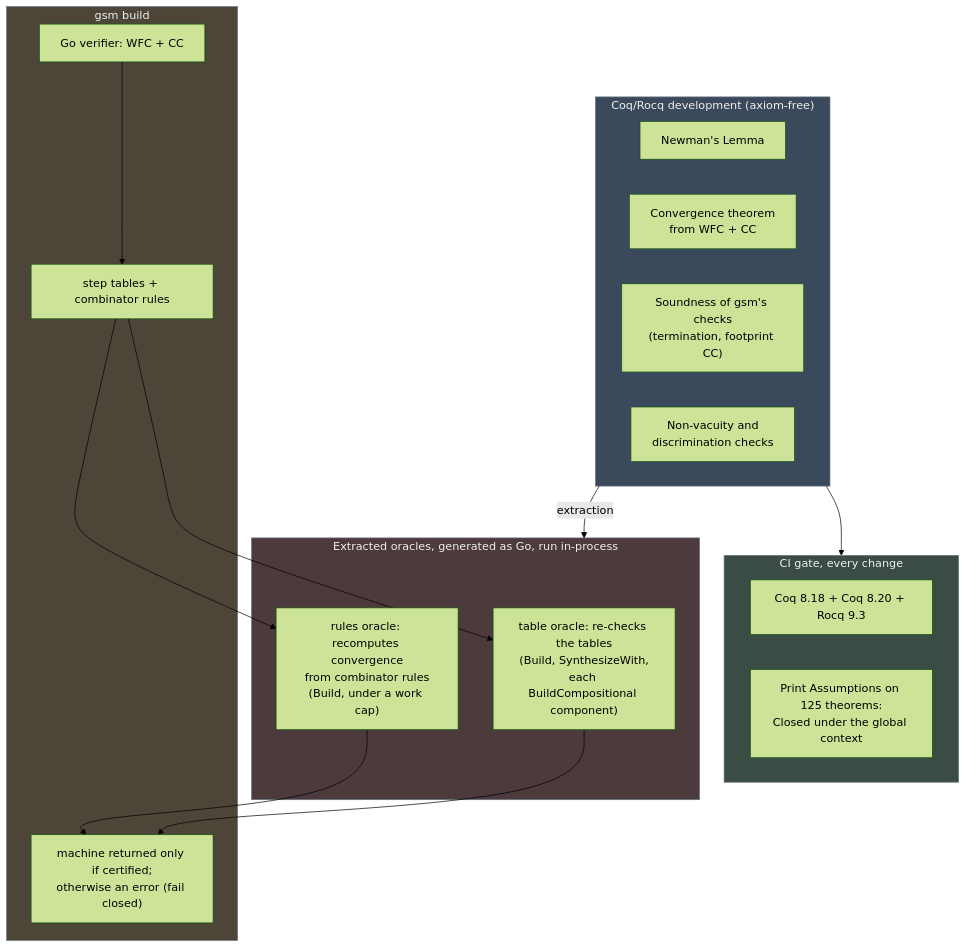
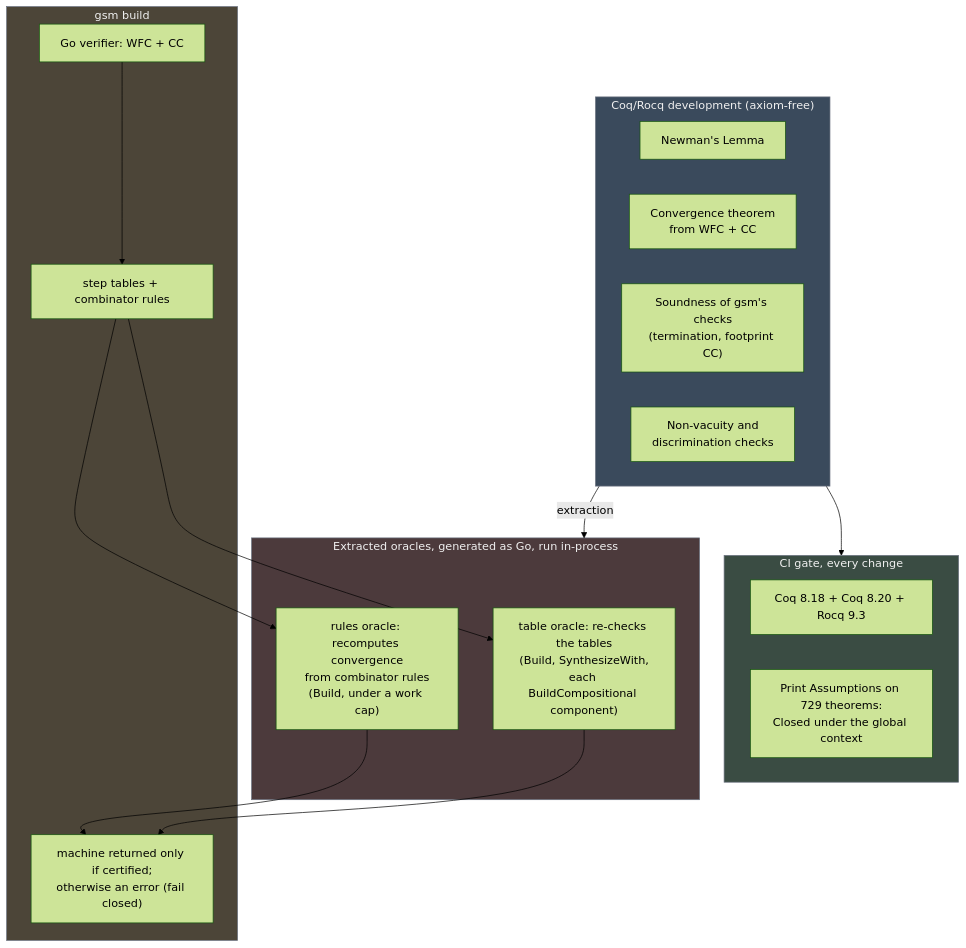
Before and after one commit to blackwell-systems/blog: the third of 3 diagrams in content/posts/provable-determinism-agent-state.md, drawn with Mermaid (forest theme). The commit also changed other lines of this file, not shown here.

Commit message:
Update provable determinism post: repair vs event confluence, C1/C2, 729 theorems

```diff
--- a/content/posts/provable-determinism-agent-state.md
+++ b/content/posts/provable-determinism-agent-state.md
@@ -150,34 +150,34 @@
 {{< mermaid >}}
 flowchart TB
     subgraph proof["Coq/Rocq development (axiom-free)"]
         nw["Newman's Lemma"]
         gov["Convergence theorem<br/>from WFC + CC"]
         snd["Soundness of gsm's checks<br/>(termination, footprint CC)"]
         def["Non-vacuity and<br/>discrimination checks"]
     end
     subgraph ci["CI gate, every change"]
         tc["Coq 8.18 + Coq 8.20 + Rocq 9.3"]
-        pa["Print Assumptions on 125 theorems:<br/>Closed under the global context"]
+        pa["Print Assumptions on 729 theorems:<br/>Closed under the global context"]
     end
     subgraph engine["gsm build"]
         go["Go verifier: WFC + CC"]
         tables["step tables + combinator rules"]
         out["machine returned only if certified;<br/>otherwise an error (fail closed)"]
     end
     subgraph oracles["Extracted oracles, generated as Go, run in-process"]
         o1["table oracle: re-checks the tables<br/>(Build, SynthesizeWith,<br/>each BuildCompositional component)"]
         o2["rules oracle: recomputes convergence<br/>from combinator rules<br/>(Build, under a work cap)"]
     end
     proof --> ci
     proof -->|"extraction"| oracles
     go --> tables
     tables --> o1
     tables --> o2
     o1 --> out
     o2 --> out
 
     style proof fill:#3A4A5C,stroke:#6b7280,color:#f0f0f0
     style ci fill:#3A4C43,stroke:#6b7280,color:#f0f0f0
     style engine fill:#4C4538,stroke:#6b7280,color:#f0f0f0
     style oracles fill:#4C3A3C,stroke:#6b7280,color:#f0f0f0
 {{< /mermaid >}}
```
